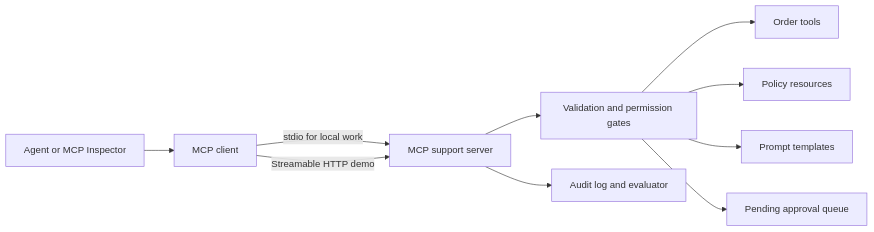
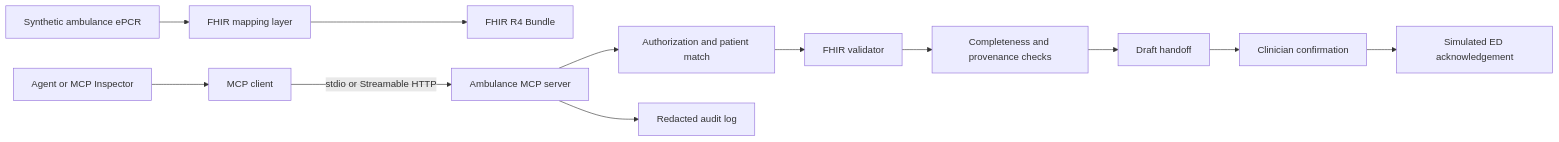
One commit to comrade1996/cosc726-omairgibreel changed the diagram in week05/project_proposal.md. Above: the diagram before and after it, drawn with Mermaid. The commit also changed other lines of this file and 3 other files, not shown here.

````diff
--- a/week05/project_proposal.md
+++ b/week05/project_proposal.md
@@ -48,12 +70,14 @@
 ```mermaid
 flowchart LR
-    A[Agent or MCP Inspector] --> B[MCP client]
-    B -->|stdio for local work| C[MCP support server]
-    B -->|Streamable HTTP demo| C
-    C --> D[Validation and permission gates]
-    D --> E[Order tools]
-    D --> F[Policy resources]
-    D --> G[Prompt templates]
-    D --> H[Pending approval queue]
-    C --> I[Audit log and evaluator]
+    A[Synthetic ambulance ePCR] --> B[FHIR mapping layer]
+    B --> C[FHIR R4 Bundle]
+    D[Agent or MCP Inspector] --> E[MCP client]
+    E -->|stdio or Streamable HTTP| F[Ambulance MCP server]
+    F --> G[Authorization and patient match]
+    G --> H[FHIR validator]
+    H --> I[Completeness and provenance checks]
+    I --> J[Draft handoff]
+    J --> K[Clinician confirmation]
+    K --> L[Simulated ED acknowledgement]
+    F --> M[Redacted audit log]
 ```
````
